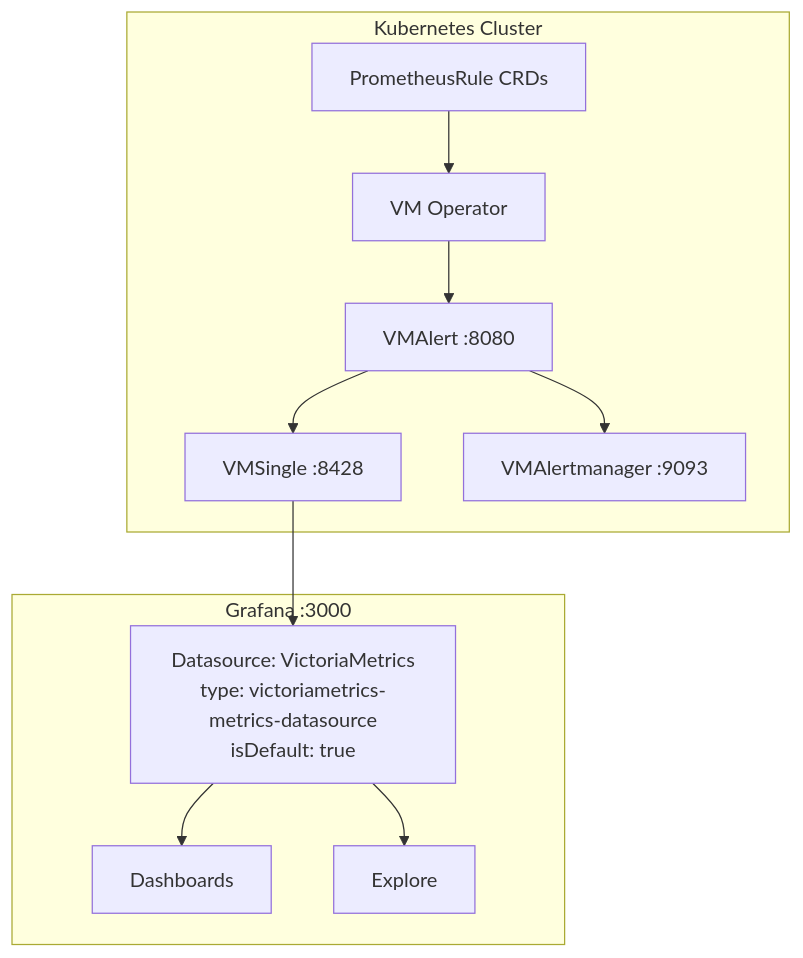
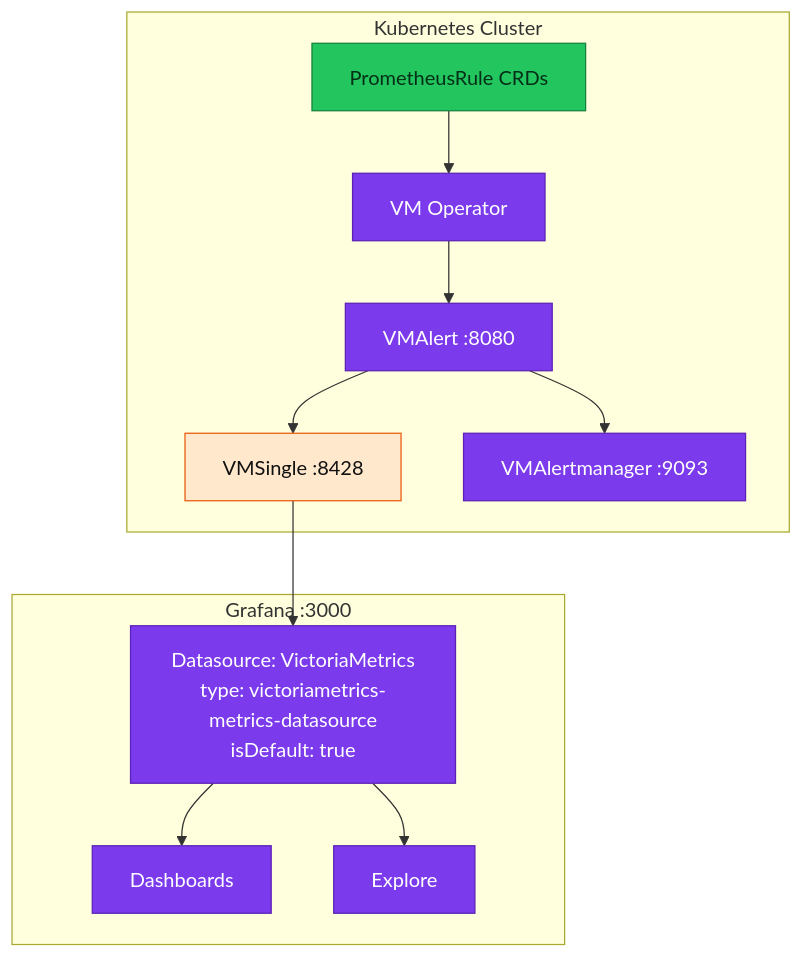
Before and after one commit to duynhlab/homelab: the diagram in docs/observability/grafana/datasources.md, drawn with Mermaid. The commit also changed other lines of this file and 33 other files, not shown here.

First line of the commit message:
Refresh observability diagrams (#516)

````diff
--- a/docs/observability/grafana/datasources.md
+++ b/docs/observability/grafana/datasources.md
@@ -11,25 +11,33 @@
 ```mermaid
 flowchart TD
     subgraph k8s [Kubernetes Cluster]
         PrometheusRule["PrometheusRule CRDs"]
         VMOperator["VM Operator"]
         VMAlert["VMAlert :8080"]
         VMSingle["VMSingle :8428"]
         VMAlertmanager["VMAlertmanager :9093"]
     end
 
     subgraph grafana [Grafana :3000]
         DSVM["Datasource: VictoriaMetrics<br/>type: victoriametrics-metrics-datasource<br/>isDefault: true"]
         Dashboards["Dashboards"]
         Explore["Explore"]
     end
 
     PrometheusRule --> VMOperator
     VMOperator --> VMAlert
     VMAlert --> VMAlertmanager
     VMAlert --> VMSingle
 
     VMSingle --> DSVM
     DSVM --> Dashboards
     DSVM --> Explore
+
+    classDef platform fill:#7c3aed,color:#fff,stroke:#5b21b6;
+    classDef data fill:#22c55e,color:#052e16,stroke:#15803d;
+    classDef metric fill:#ffe8cc,color:#111,stroke:#e8590c;
+    class PrometheusRule data;
+
+    class VMSingle metric;
+    class VMAlert,VMOperator,VMAlertmanager,DSVM,Dashboards,Explore platform;
 ```
````
